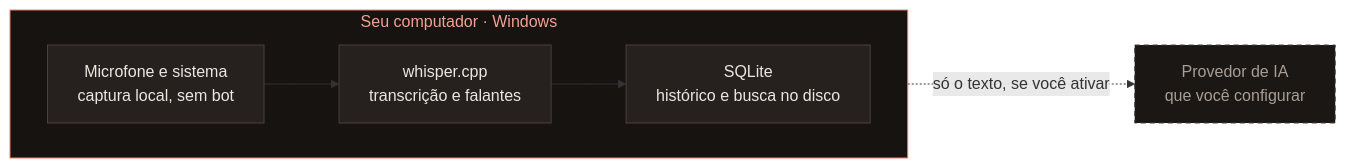
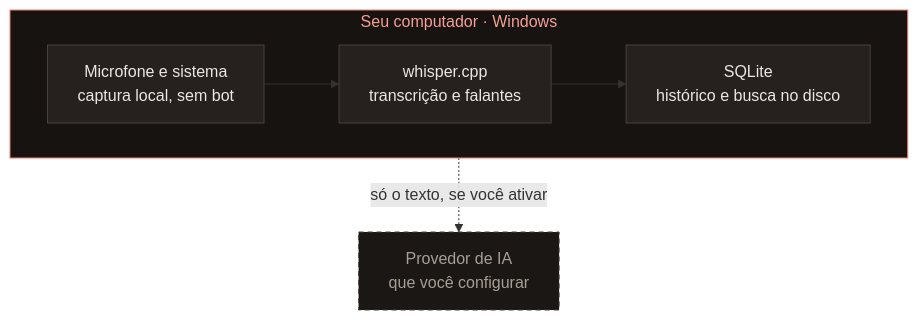
One commit to Marcus-Boni/ISPer changed the diagram in README.md. Above: the diagram before and after it, drawn with Mermaid. The commit also changed other lines of this file and 1 other file, not shown here.

Commit message:
docs(readme): os três tempos lado a lado e o diagrama em duas camadas

````diff
--- a/README.md
+++ b/README.md
@@ -88,14 +86,14 @@
 ```mermaid
-flowchart LR
+flowchart TB
   subgraph PC["Seu computador · Windows"]
     direction LR
     A["Microfone e sistema<br/>captura local, sem bot"] --> B["whisper.cpp<br/>transcrição e falantes"] --> C["SQLite<br/>histórico e busca no disco"]
   end
-  C -. "só o texto, se você ativar" .-> D["Provedor de IA<br/>que você configurar"]
+  PC -. "só o texto, se você ativar" .-> D["Provedor de IA<br/>que você configurar"]
 
   classDef local fill:#26211e,stroke:#4a403a,color:#ece7e1
   classDef cloud fill:#1b1714,stroke:#4a403a,color:#a79e96,stroke-dasharray: 5 4
   class A,B,C local
   class D cloud
   style PC fill:#161311,stroke:#f07e72,color:#f79f94
 ```
````
